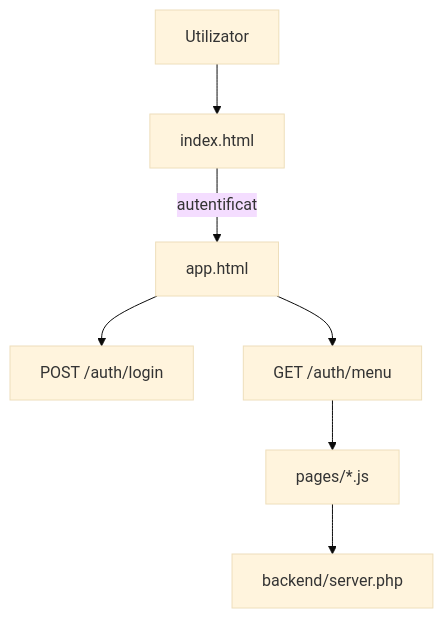
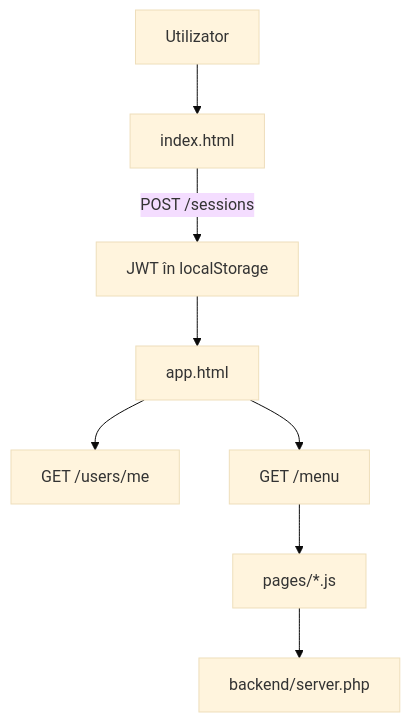
Before and after one commit to ricardofilipebondor/web-technologies-2026: the fourth of 12 diagrams in docs/ARCHITECTURE.md, drawn with Mermaid (base theme). The commit also changed other lines of this file and 46 other files, not shown here.

````diff
--- a/docs/ARCHITECTURE.md
+++ b/docs/ARCHITECTURE.md
@@ -80,9 +84,10 @@
 ```mermaid
 flowchart TB
     U[Utilizator] --> LOGIN[index.html]
-    LOGIN -->|autentificat| APP[app.html]
-    APP --> AUTH[POST /auth/login]
-    APP --> MENU[GET /auth/menu]
+    LOGIN -->|POST /sessions| TOKEN[JWT în localStorage]
+    TOKEN --> APP[app.html]
+    APP --> ME[GET /users/me]
+    APP --> MENU[GET /menu]
     MENU --> PAGE[pages/*.js]
     PAGE --> API[backend/server.php]
 ```
````
